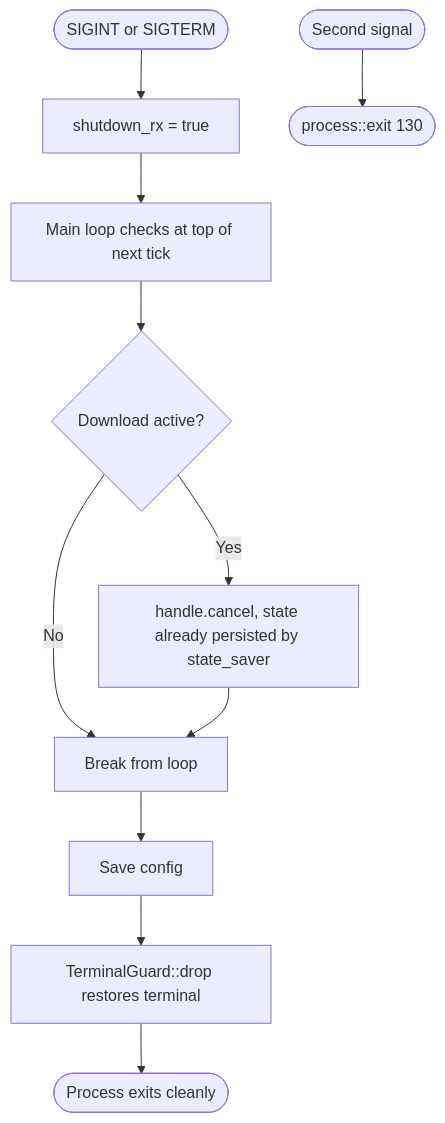
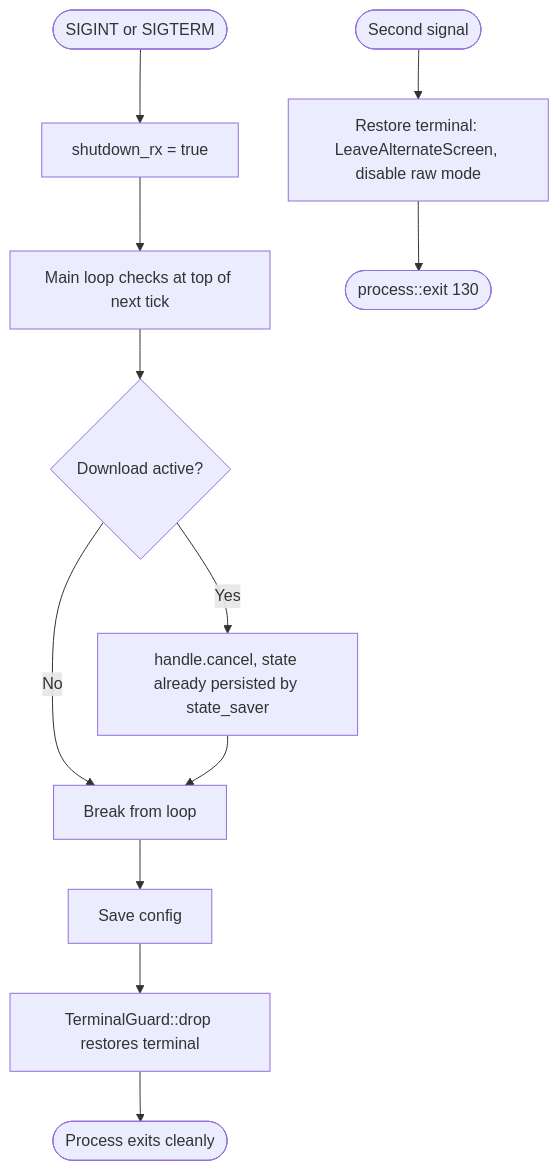
One commit to ChakornK/elysiae-tui changed diagram 18 of 21 in UX.md. Above: the diagram before and after it, drawn with Mermaid. The commit also changed other lines of this file and 1 other file, not shown here.

````diff
--- a/UX.md
+++ b/UX.md
@@ -447,14 +450,15 @@
 ```mermaid
 flowchart TD
     Signal([SIGINT or SIGTERM]) --> SetFlag[shutdown_rx = true]
     SetFlag --> LoopChecks[Main loop checks at top of next tick]
     LoopChecks --> DLActive{Download active?}
     DLActive -->|Yes| CancelDL[handle.cancel, state already persisted by state_saver]
     DLActive -->|No| Break
     CancelDL --> Break[Break from loop]
     Break --> SaveConfig[Save config]
     SaveConfig --> DropGuard[TerminalGuard::drop restores terminal]
     DropGuard --> Exit([Process exits cleanly])
 
-    Second([Second signal]) --> ForceExit([process::exit 130])
+    Second([Second signal]) --> Restore[Restore terminal: LeaveAlternateScreen, disable raw mode]
+    Restore --> ForceExit([process::exit 130])
 ```
````
